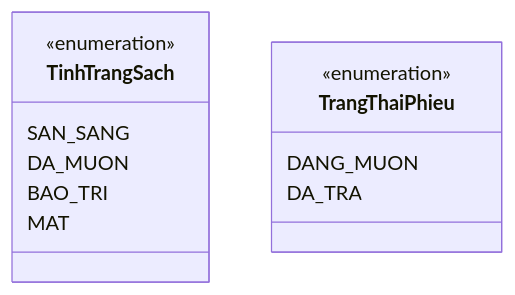
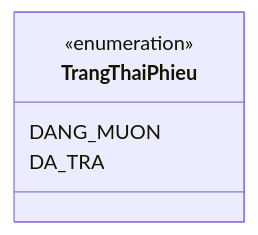
Before and after one commit to NPhamDoan/FULL_QLThuVien: diagram 12 of 15 in .kiro/document/BaoCao_3UC_Mermaid.md, drawn with Mermaid. The commit also changed other lines of this file and 37 other files, not shown here.

````diff
--- a/.kiro/document/BaoCao_3UC_Mermaid.md
+++ b/.kiro/document/BaoCao_3UC_Mermaid.md
@@ -321,15 +338,8 @@
 ```mermaid
 classDiagram
-    class TinhTrangSach {
-        <<enumeration>>
-        SAN_SANG
-        DA_MUON
-        BAO_TRI
-        MAT
-    }
     class TrangThaiPhieu {
         <<enumeration>>
         DANG_MUON
         DA_TRA
     }
 ```
````
